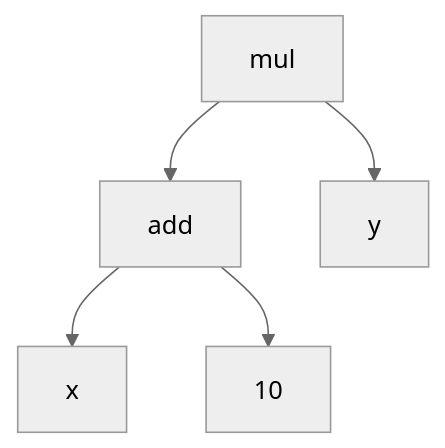
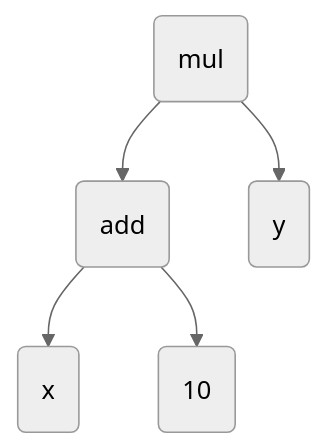
One commit to pengvyn/kavpix-code changed the second of 35 diagrams in src/essays/number-tree/essay.md. Above: the diagram before and after it, drawn with Mermaid (neutral theme). The commit also changed other lines of this file and 1 other file, not shown here.

````diff
--- a/src/essays/number-tree/essay.md
+++ b/src/essays/number-tree/essay.md
@@ -23,7 +23,7 @@
 ```mermaid
     graph TD;
-        mul --> add;
-        mul --> y;
-        add --> x;
-        add --> 10;
+        mul(mul) --> add(add);
+        mul --> y(y);
+        add --> x(x);
+        add --> 10(10);
 ```
````
